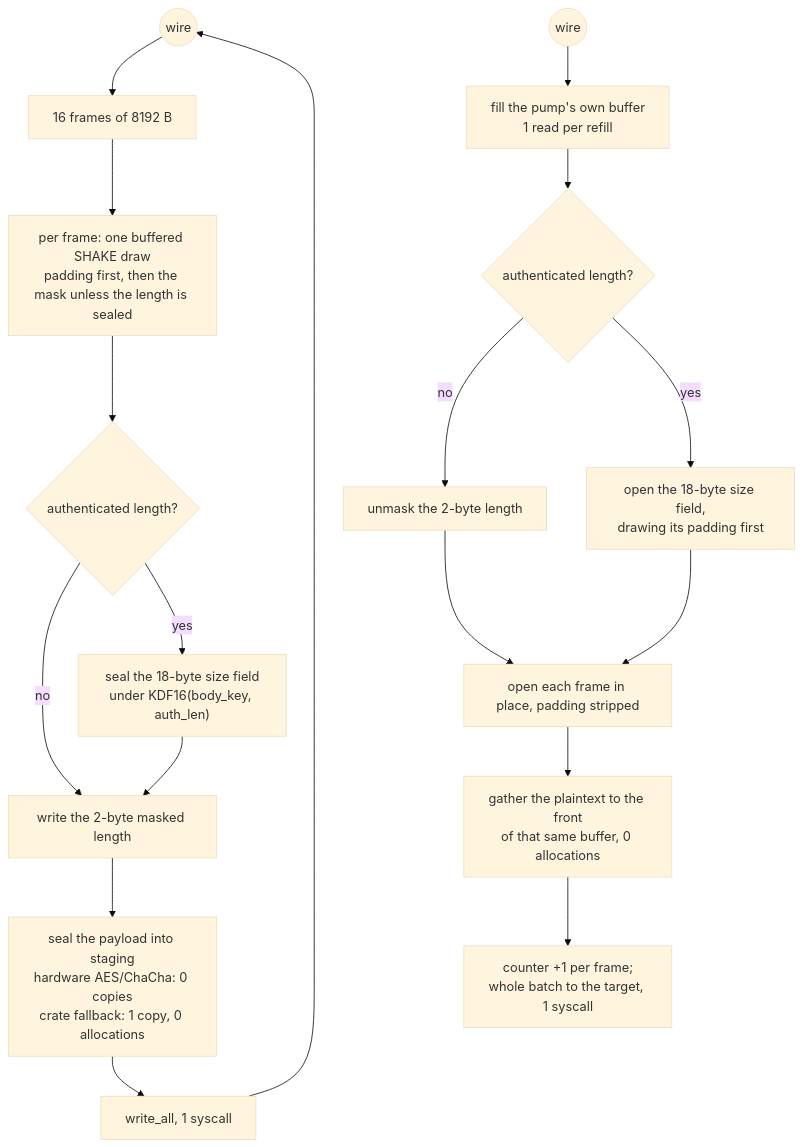
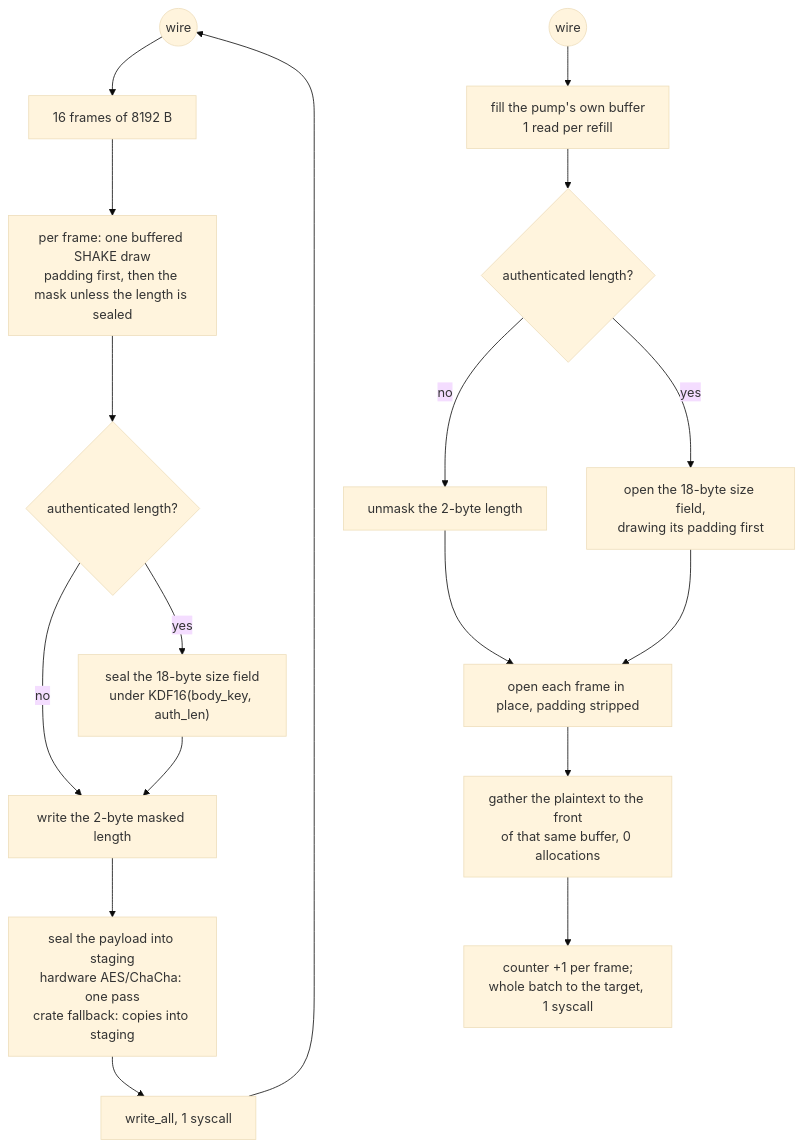
The diagram in docs/function/vmess.md (Ferrocite/ferrox), drawn with Mermaid (base theme) before and after one commit. The commit also changed other lines of this file and 3 other files, not shown here.

````diff
--- a/docs/function/vmess.md
+++ b/docs/function/vmess.md
@@ -27,20 +27,20 @@
 ```mermaid
 graph TD
     W["plaintext read, 128 KiB"] --> W1["16 frames of 8192 B"]
     W1 --> W2["per frame: one buffered SHAKE draw<br/>padding first, then the mask unless the length is sealed"]
     W2 --> W2A{"authenticated length?"}
     W2A -->|no| W3["write the 2-byte masked length"]
     W2A -->|yes| W2B["seal the 18-byte size field<br/>under KDF16(body_key, auth_len)"]
     W2B --> W3
-    W3 --> W4["seal the payload into staging<br/>hardware AES/ChaCha: 0 copies<br/>crate fallback: 1 copy, 0 allocations"]
+    W3 --> W4["seal the payload into staging<br/>hardware AES/ChaCha: one pass<br/>crate fallback: copies into staging"]
     W4 --> W5["write_all, 1 syscall"]
     W5 --> W(("wire"))
     R(("wire")) --> R1["fill the pump's own buffer<br/>1 read per refill"]
     R1 --> R2{"authenticated length?"}
     R2 -->|no| R2A["unmask the 2-byte length"]
     R2 -->|yes| R2B["open the 18-byte size field,<br/>drawing its padding first"]
     R2A --> R3["open each frame in place, padding stripped"]
     R2B --> R3
     R3 --> R4["gather the plaintext to the front<br/>of that same buffer, 0 allocations"]
     R4 --> R5["counter +1 per frame;<br/>whole batch to the target, 1 syscall"]
 ```
````
